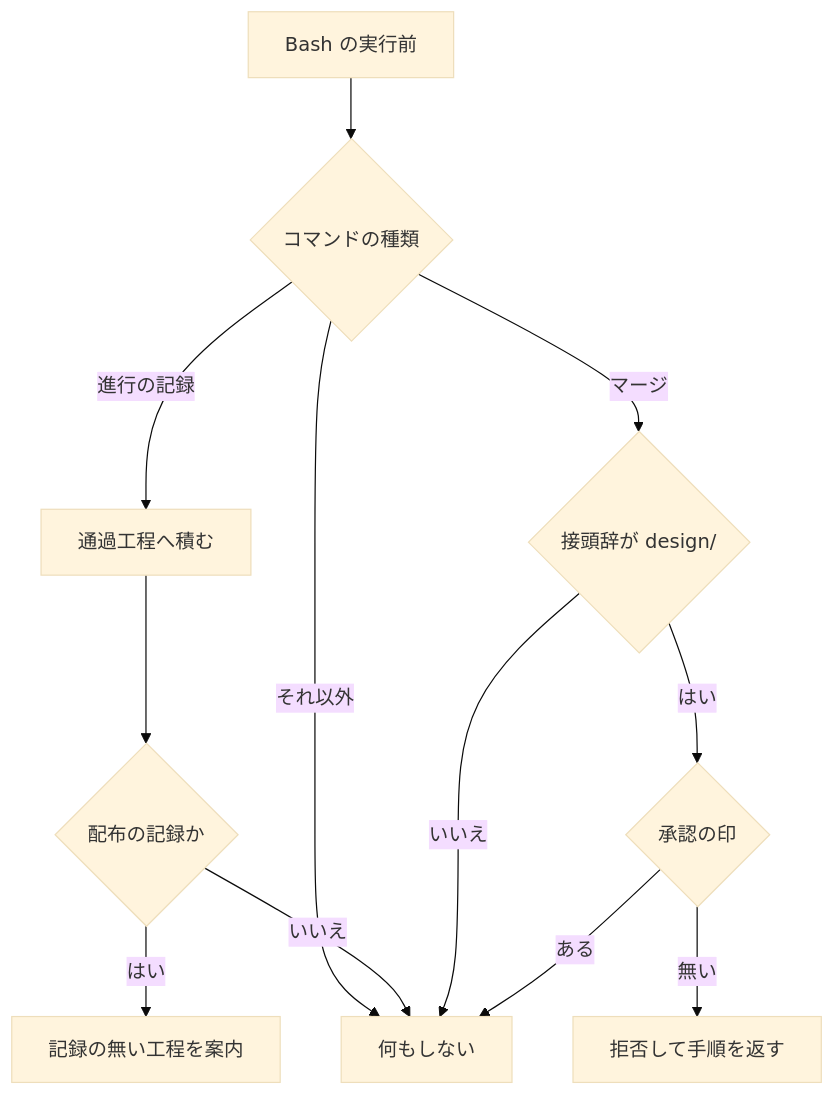
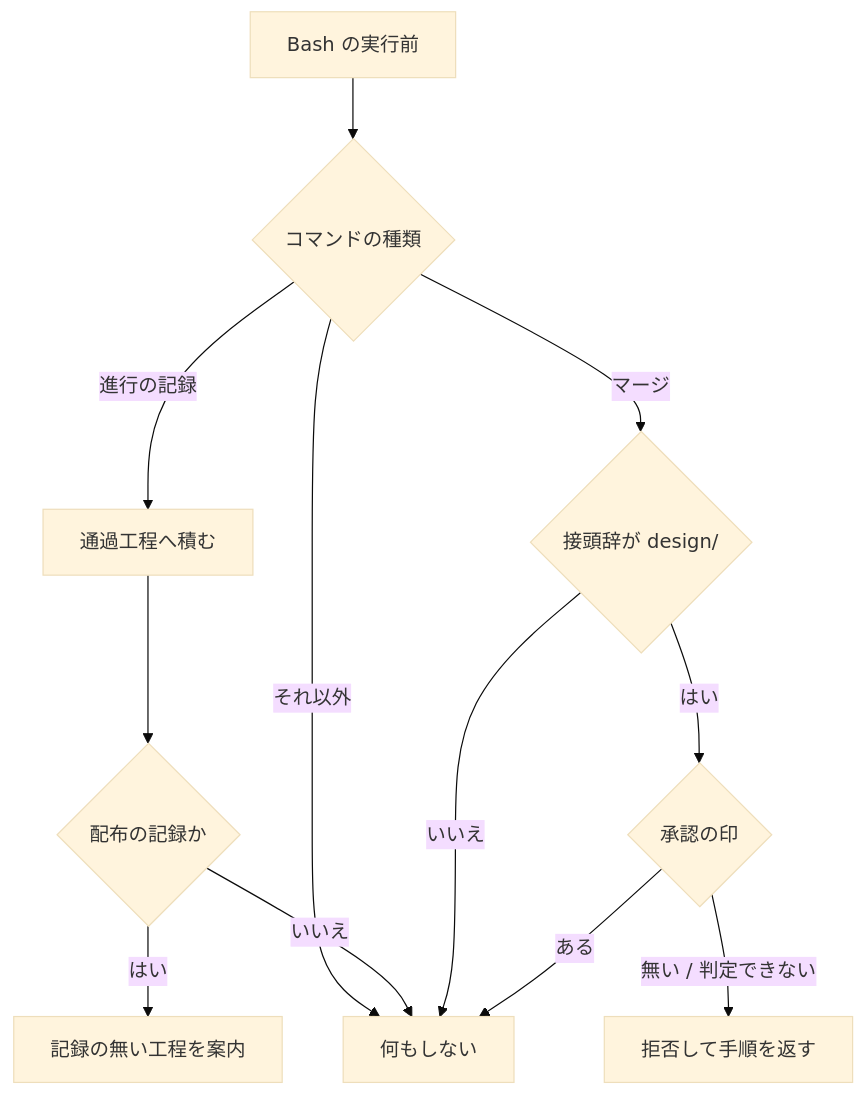
Before and after one commit to devbasex/ai-plugins: the diagram in issues/parallel-batch-05/03-issue-221-266.md, drawn with Mermaid (base theme). The commit also changed other lines of this file and 1 other file, not shown here.

````diff
--- a/issues/parallel-batch-05/03-issue-221-266.md
+++ b/issues/parallel-batch-05/03-issue-221-266.md
@@ -290,14 +292,14 @@
 ```mermaid
 flowchart TD
     A[Bash の実行前] --> B{コマンドの種類}
     B -->|進行の記録| C[通過工程へ積む]
     B -->|マージ| D{接頭辞が design/}
     B -->|それ以外| Z[何もしない]
     C --> E{配布の記録か}
     E -->|はい| F[記録の無い工程を案内]
     E -->|いいえ| Z
     D -->|はい| G{承認の印}
     D -->|いいえ| Z
-    G -->|無い| H[拒否して手順を返す]
+    G -->|無い / 判定できない| H[拒否して手順を返す]
     G -->|ある| Z
 ```
````
